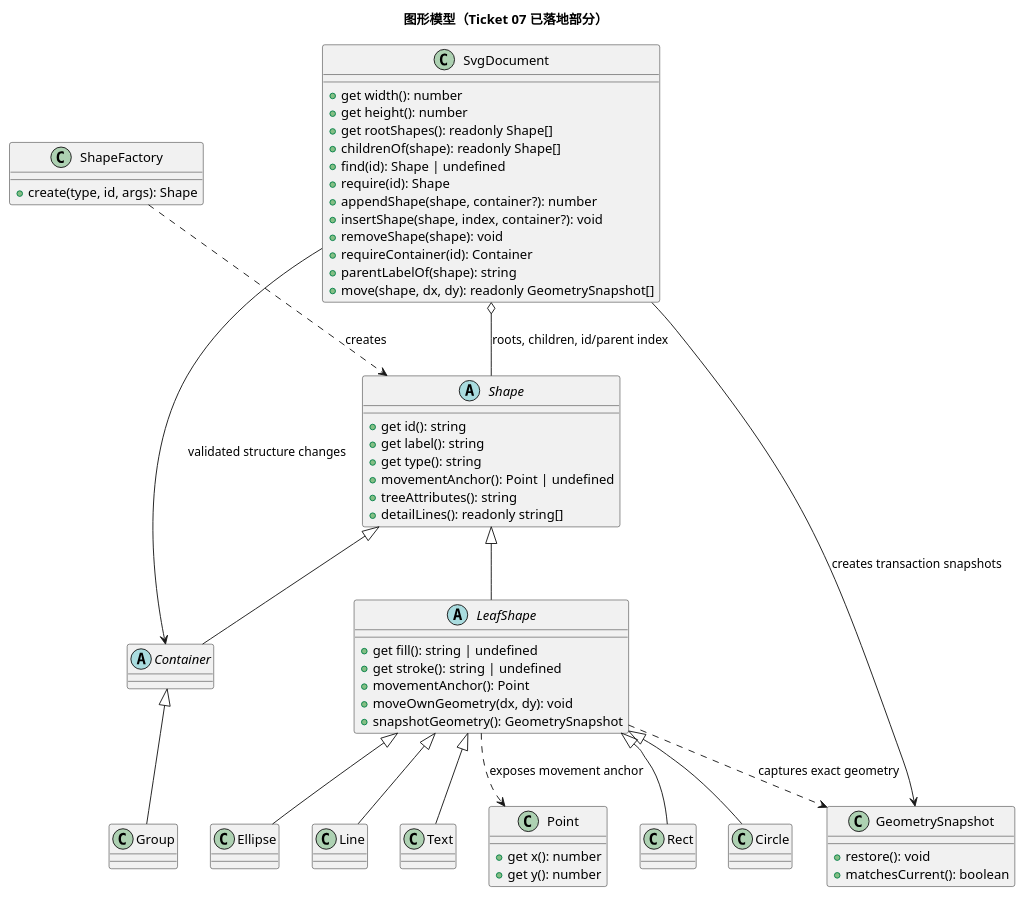
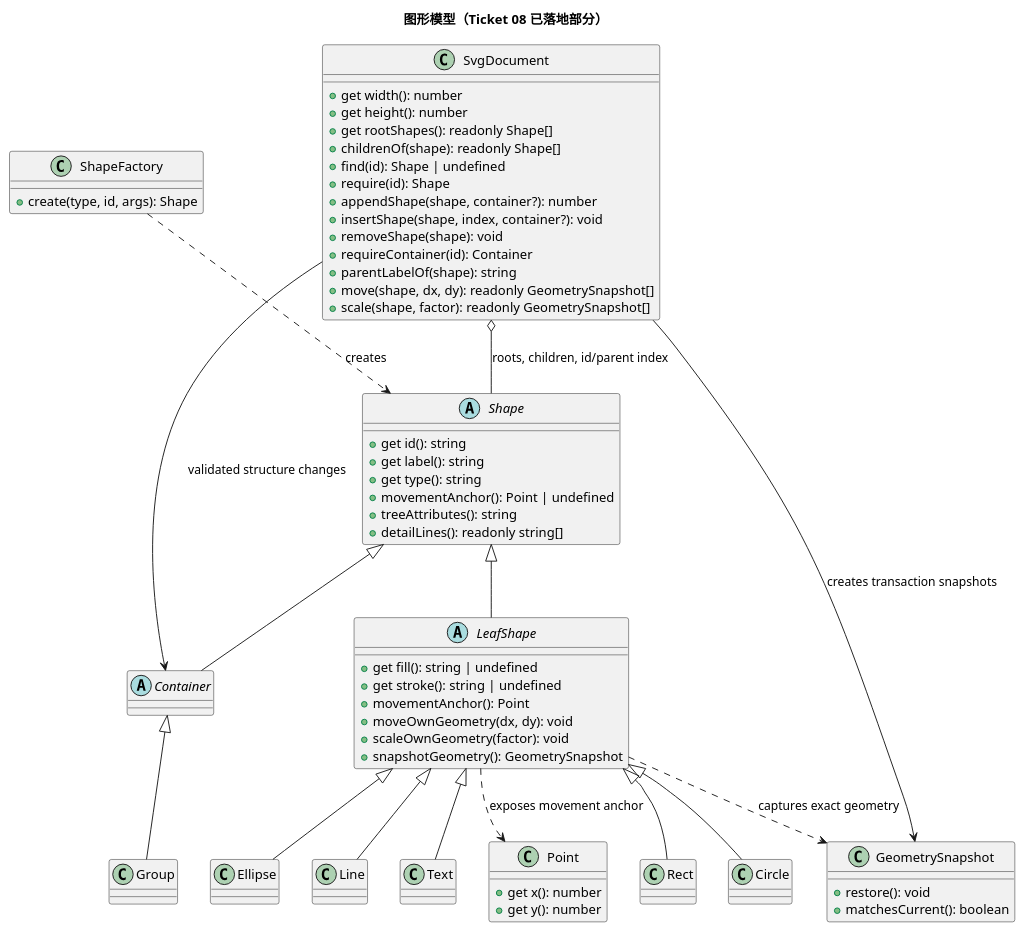
Before and after one commit to NQC233/svg-editor-lab1: the first of 2 diagrams in doc/class-model.puml, drawn with PlantUML. The commit also changed other lines of this file and 6 other files, not shown here.

```diff
--- a/doc/class-model.puml
+++ b/doc/class-model.puml
@@ -1,72 +1,74 @@
 @startuml
-title 图形模型（Ticket 07 已落地部分）
+title 图形模型（Ticket 08 已落地部分）
 
 abstract class Shape {
   +get id(): string
   +get label(): string
   +get type(): string
   +movementAnchor(): Point | undefined
   +treeAttributes(): string
   +detailLines(): readonly string[]
 }
 
 abstract class LeafShape {
   +get fill(): string | undefined
   +get stroke(): string | undefined
   +movementAnchor(): Point
   +moveOwnGeometry(dx, dy): void
+  +scaleOwnGeometry(factor): void
   +snapshotGeometry(): GeometrySnapshot
 }
 
 abstract class Container
 
 class Group
 class Rect
 class Circle
 class Ellipse
 class Line
 class Text
 class GeometrySnapshot {
   +restore(): void
   +matchesCurrent(): boolean
 }
 
 class Point {
   +get x(): number
   +get y(): number
 }
 
 class SvgDocument {
   +get width(): number
   +get height(): number
   +get rootShapes(): readonly Shape[]
   +childrenOf(shape): readonly Shape[]
   +find(id): Shape | undefined
   +require(id): Shape
   +appendShape(shape, container?): number
   +insertShape(shape, index, container?): void
   +removeShape(shape): void
   +requireContainer(id): Container
   +parentLabelOf(shape): string
   +move(shape, dx, dy): readonly GeometrySnapshot[]
+  +scale(shape, factor): readonly GeometrySnapshot[]
 }
 
 class ShapeFactory {
   +create(type, id, args): Shape
 }
 
 Shape <|-- LeafShape
 Shape <|-- Container
 Container <|-- Group
 LeafShape <|-- Rect
 LeafShape <|-- Circle
 LeafShape <|-- Ellipse
 LeafShape <|-- Line
 LeafShape <|-- Text
 SvgDocument o-- Shape : roots, children, id/parent index
 SvgDocument --> Container : validated structure changes
 SvgDocument --> GeometrySnapshot : creates transaction snapshots
 LeafShape ..> GeometrySnapshot : captures exact geometry
 LeafShape ..> Point : exposes movement anchor
 ShapeFactory ..> Shape : creates
 @enduml
```
